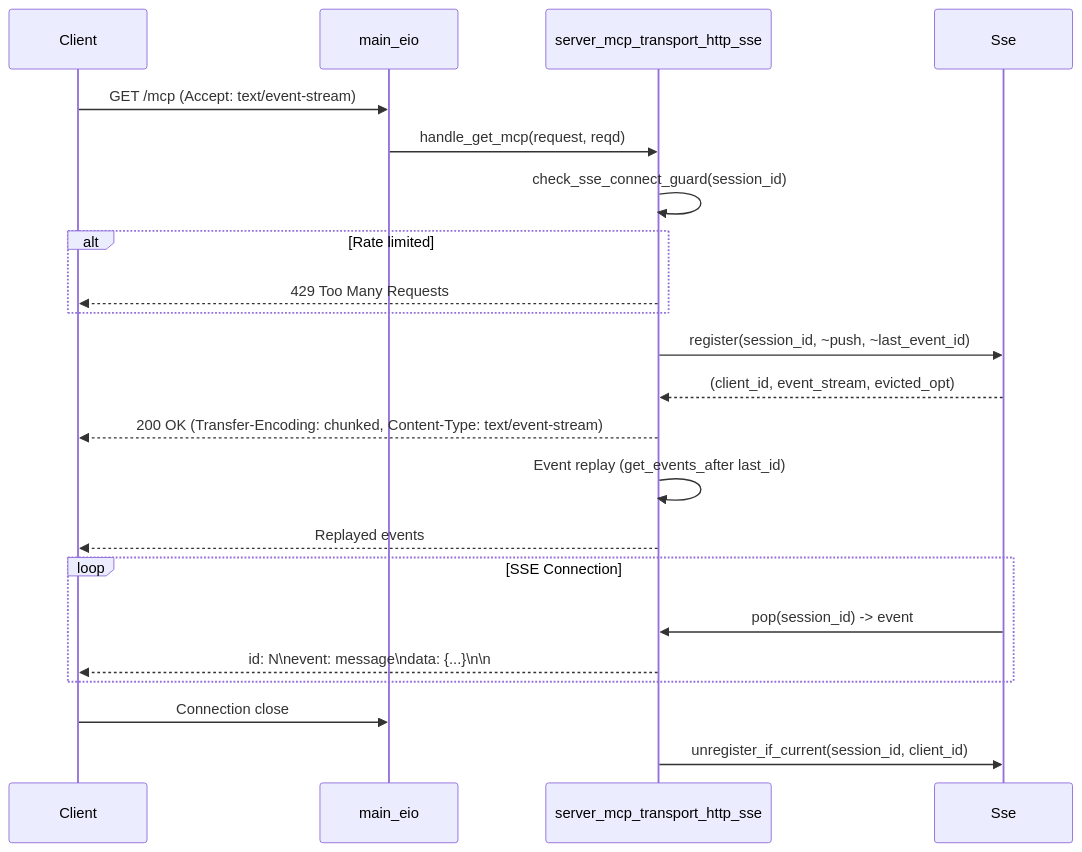
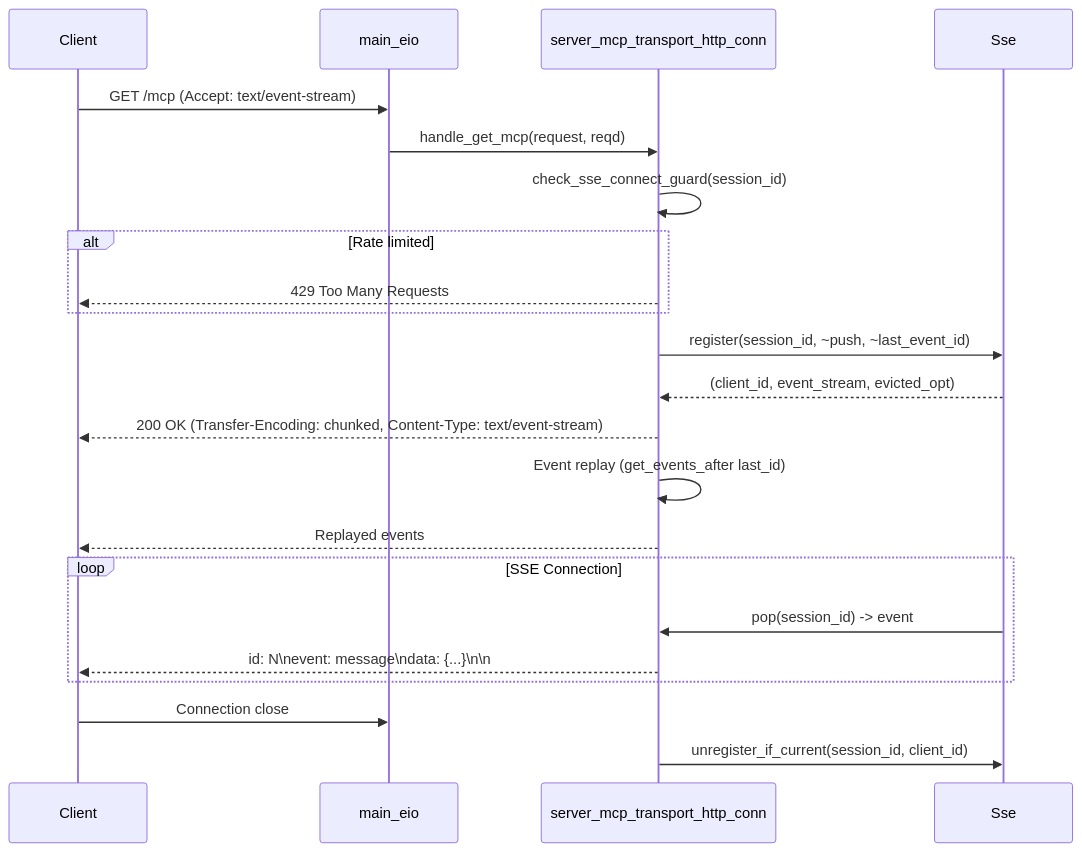
Before and after one commit to jeong-sik/masc: the third of 3 diagrams in docs/spec/09-server-transport.md, drawn with Mermaid. The commit also changed other lines of this file and 7 other files, not shown here.

Commit message:
refactor(server): remove SSE compatibility facade

````diff
--- a/docs/spec/09-server-transport.md
+++ b/docs/spec/09-server-transport.md
@@ -647,27 +647,27 @@
 ```mermaid
 sequenceDiagram
     participant C as Client
     participant H as main_eio
-    participant T as server_mcp_transport_http_sse
+    participant T as server_mcp_transport_http_conn
     participant S as Sse
 
     C->>H: GET /mcp (Accept: text/event-stream)
     H->>T: handle_get_mcp(request, reqd)
     T->>T: check_sse_connect_guard(session_id)
     alt Rate limited
         T-->>C: 429 Too Many Requests
     end
     T->>S: register(session_id, ~push, ~last_event_id)
     S-->>T: (client_id, event_stream, evicted_opt)
     T-->>C: 200 OK (Transfer-Encoding: chunked, Content-Type: text/event-stream)
     T->>T: Event replay (get_events_after last_id)
     T-->>C: Replayed events
 
     loop SSE Connection
         S->>T: pop(session_id) -> event
         T-->>C: id: N\nevent: message\ndata: {...}\n\n
     end
 
     C->>H: Connection close
     T->>S: unregister_if_current(session_id, client_id)
 ```
````
